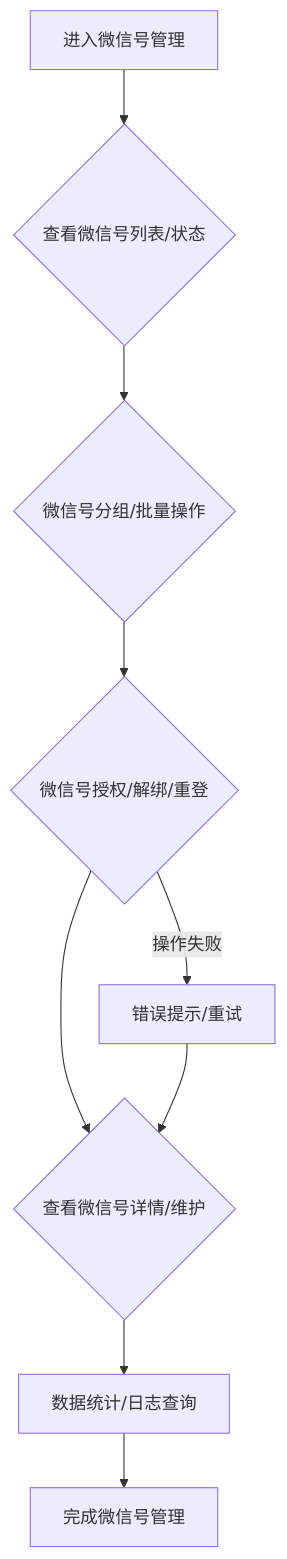
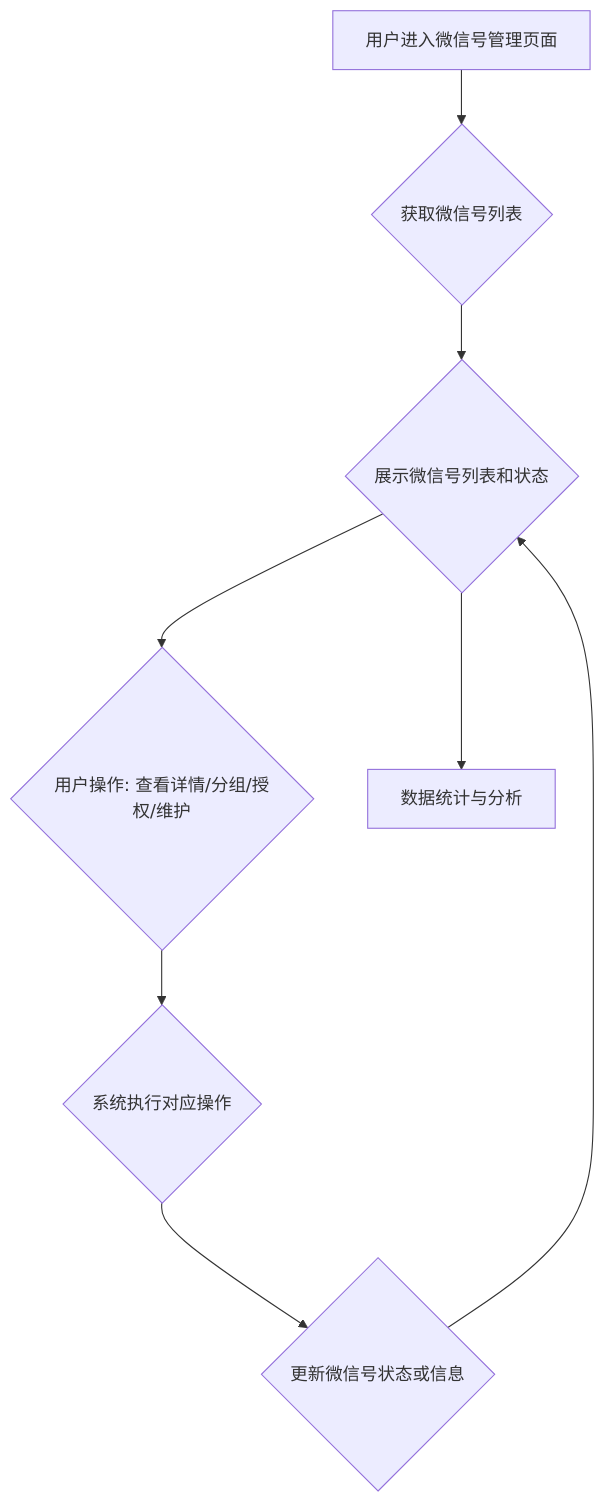
One commit to fnvtk/cunkebao_doc changed the diagram in 4、前端/前端-我的-微信号管理功能.md. Above: the diagram before and after it, drawn with Mermaid. The commit also changed other lines of this file and 38 other files, not shown here.

Commit message:
feat: Add flowcharts and UI references to all frontend documentation

````diff
--- a/4、前端/前端-我的-微信号管理功能.md
+++ b/4、前端/前端-我的-微信号管理功能.md
@@ -8,11 +10,10 @@
 ```mermaid
 graph TD
-    A[进入微信号管理] --> B{查看微信号列表/状态};
-    B --> C{微信号分组/批量操作};
-    C --> D{微信号授权/解绑/重登};
-    D --> E{查看微信号详情/维护};
-    E --> F[数据统计/日志查询];
-    F --> G[完成微信号管理];
-    D -- 操作失败 --> H[错误提示/重试];
-    H --> E;
+    A[用户进入微信号管理页面] --> B{获取微信号列表};
+    B --> C{展示微信号列表和状态};
+    C --> D{用户操作: 查看详情/分组/授权/维护};
+    D --> E{系统执行对应操作};
+    E --> F{更新微信号状态或信息};
+    F --> C;
+    C --> G[数据统计与分析];
 ```
````
